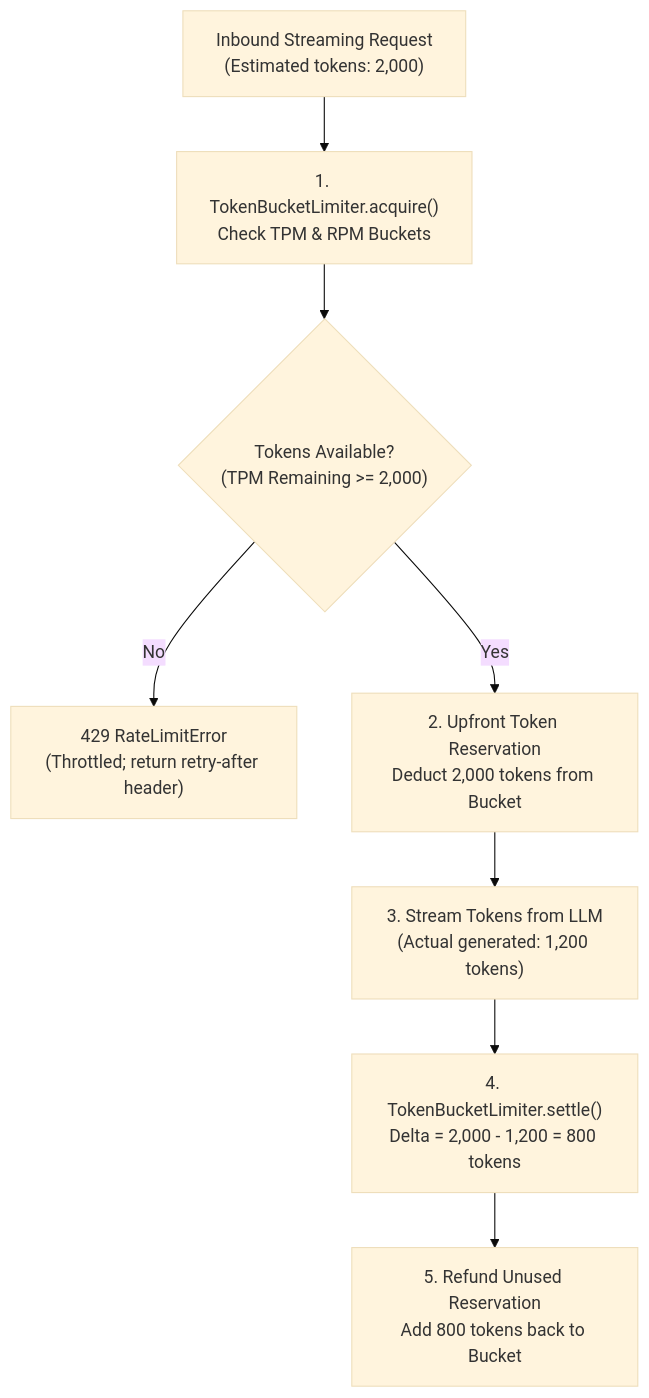
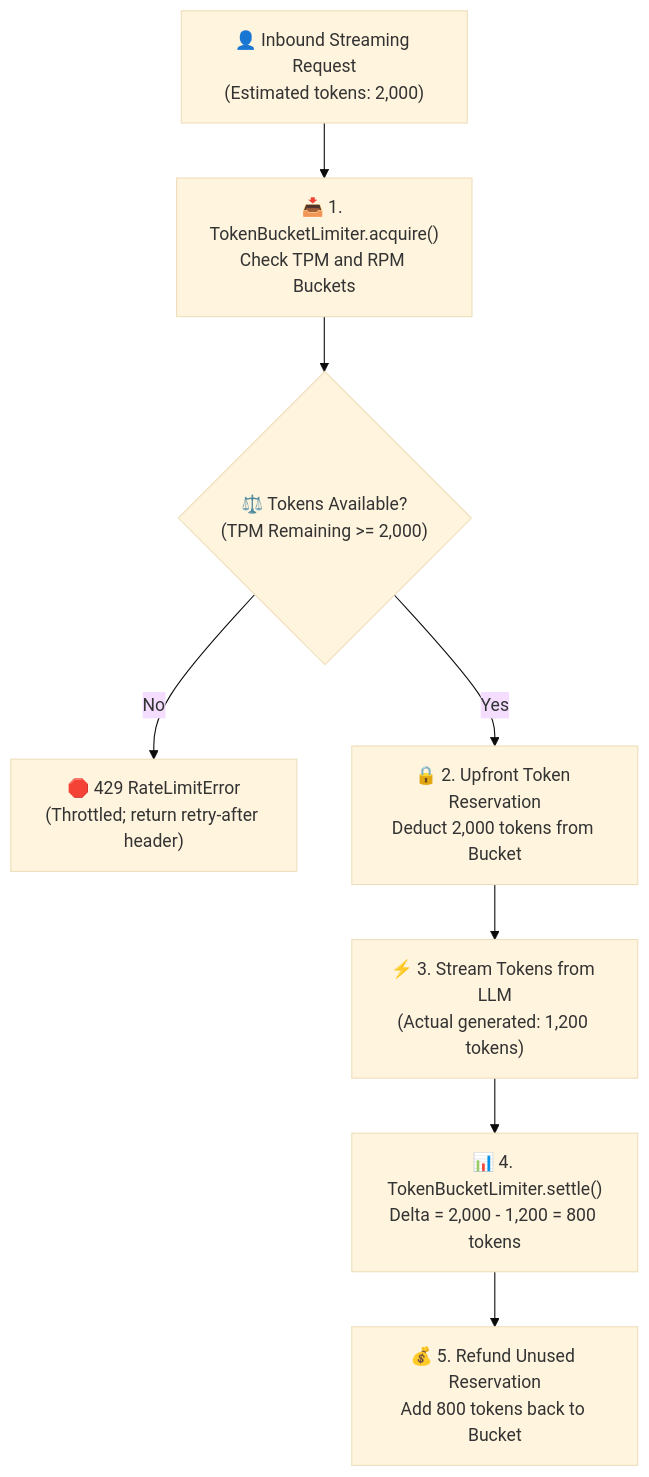
Before and after one commit to dip4k/senior-engineer-to-ai-engineer-roadmap: the diagram in labs/lab-04-agent-failure-defense.md, drawn with Mermaid (base theme). The commit also changed other lines of this file and 94 other files, not shown here.

Commit message:
refactor(curriculum): complete Phase 04 upgrade and enforce diagram renderer invariants

````diff
--- a/labs/lab-04-agent-failure-defense.md
+++ b/labs/lab-04-agent-failure-defense.md
@@ -18,13 +20,13 @@
 ```mermaid
 flowchart TD
-    UserReq["Inbound Streaming Request<br>(Estimated tokens: 2,000)"] --> Acquire["1. TokenBucketLimiter.acquire()<br>Check TPM & RPM Buckets"]
+    UserReq["👤 Inbound Streaming Request<br>(Estimated tokens: 2,000)"] --> Acquire["📥 1. TokenBucketLimiter.acquire()<br>Check TPM and RPM Buckets"]
     
-    Acquire --> CheckCap{"Tokens Available?<br>(TPM Remaining >= 2,000)"}
-    CheckCap -- "No" --> Throttled["429 RateLimitError<br>(Throttled; return retry-after header)"]
+    Acquire --> CheckCap{"⚖️ Tokens Available?<br>(TPM Remaining >= 2,000)"}
+    CheckCap -- "No" --> Throttled["🛑 429 RateLimitError<br>(Throttled; return retry-after header)"]
     
-    CheckCap -- "Yes" --> Reserve["2. Upfront Token Reservation<br>Deduct 2,000 tokens from Bucket"]
-    Reserve --> Stream["3. Stream Tokens from LLM<br>(Actual generated: 1,200 tokens)"]
+    CheckCap -- "Yes" --> Reserve["🔒 2. Upfront Token Reservation<br>Deduct 2,000 tokens from Bucket"]
+    Reserve --> Stream["⚡ 3. Stream Tokens from LLM<br>(Actual generated: 1,200 tokens)"]
     
-    Stream --> Settle["4. TokenBucketLimiter.settle()<br>Delta = 2,000 - 1,200 = 800 tokens"]
-    Settle --> Refund["5. Refund Unused Reservation<br>Add 800 tokens back to Bucket"]
+    Stream --> Settle["📊 4. TokenBucketLimiter.settle()<br>Delta = 2,000 - 1,200 = 800 tokens"]
+    Settle --> Refund["💰 5. Refund Unused Reservation<br>Add 800 tokens back to Bucket"]
 ```
````
